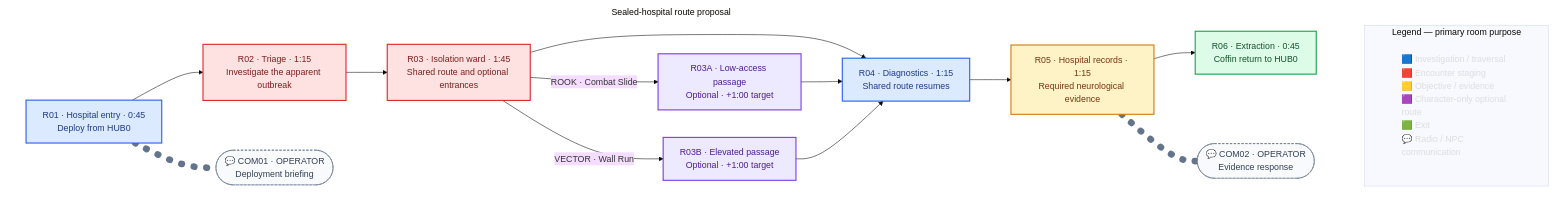
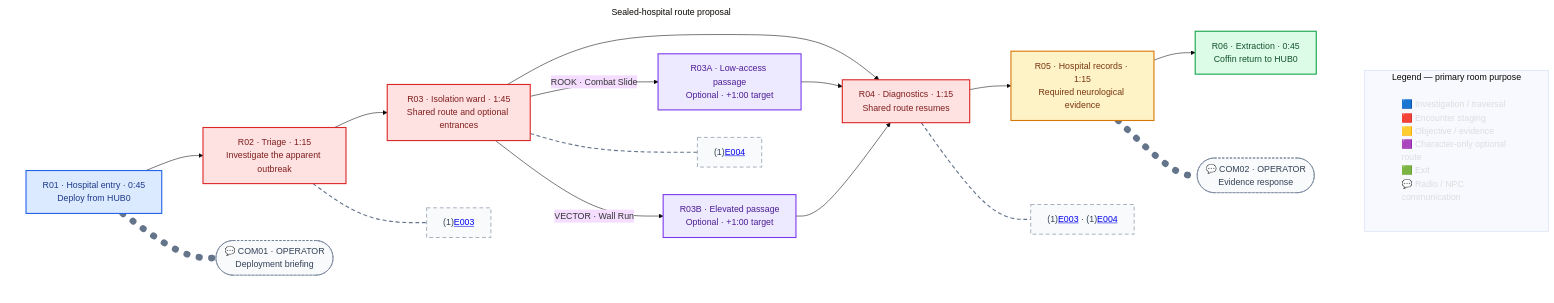
Before and after one commit to justgook/imprint-zero: the diagram in missions/m02.md, drawn with Mermaid (base theme). The commit also changed other lines of this file and 6 other files, not shown here.

Commit message:
📝(m02): extract containment Enemy specs and link room contents

````diff
--- a/missions/m02.md
+++ b/missions/m02.md
@@ -73,41 +59,50 @@
 ```mermaid
 flowchart TB
     subgraph Legend[Legend — primary room purpose]
         L["🟦 Investigation / traversal<br/>🟥 Encounter staging<br/>🟨 Objective / evidence<br/>🟪 Character-only optional route<br/>🟩 Exit<br/>💬 Radio / NPC communication"]
     end
 
     subgraph Route[Sealed-hospital route proposal]
         direction LR
         R01["R01 · Hospital entry · 0:45<br/>Deploy from HUB0"] --> R02["R02 · Triage · 1:15<br/>Investigate the apparent outbreak"]
         R02 --> R03["R03 · Isolation ward · 1:45<br/>Shared route and optional entrances"]
         R03 --> R04["R04 · Diagnostics · 1:15<br/>Shared route resumes"]
         R04 --> R05["R05 · Hospital records · 1:15<br/>Required neurological evidence"]
         R05 --> R06["R06 · Extraction · 0:45<br/>Coffin return to HUB0"]
 
         R03 -->|ROOK · Combat Slide| R03A["R03A · Low-access passage<br/>Optional · +1:00 target"]
         R03A --> R04
         R03 -->|VECTOR · Wall Run| R03B["R03B · Elevated passage<br/>Optional · +1:00 target"]
         R03B --> R04
 
         R01 -.- COM01(["💬 COM01 · OPERATOR<br/>Deployment briefing"])
         R05 -.- COM02(["💬 COM02 · OPERATOR<br/>Evidence response"])
+        R02 -.- C02["(1)<a href='#/enemies/e003'>E003</a>"]
+        R03 -.- C03["(1)<a href='#/enemies/e004'>E004</a>"]
+        R04 -.- C04["(1)<a href='#/enemies/e003'>E003</a> · (1)<a href='#/enemies/e004'>E004</a>"]
+
+        click COM01 href "#/locale/en/dialogue.po?entry=dialogue.m02.com01"
+        click COM02 href "#/locale/en/dialogue.po?entry=dialogue.m02.com02"
     end
 
     classDef investigation fill:#dbeafe,stroke:#2563eb,color:#1e3a8a,stroke-width:2px;
     classDef encounter fill:#fee2e2,stroke:#dc2626,color:#7f1d1d,stroke-width:2px;
     classDef objective fill:#fef3c7,stroke:#d97706,color:#78350f,stroke-width:2px;
     classDef optional fill:#ede9fe,stroke:#7c3aed,color:#4c1d95,stroke-width:2px;
     classDef exit fill:#dcfce7,stroke:#16a34a,color:#14532d,stroke-width:2px;
     classDef communication fill:#f8fafc,stroke:#64748b,color:#334155,stroke-width:1px,stroke-dasharray:4 3;
+    classDef roomContent fill:#f8fafc,stroke:#64748b,color:#334155,stroke-width:1px,stroke-dasharray:7 5;
     classDef legend fill:none,stroke:none,color:#ddd,text-align:left;
 
-    class R01,R04 investigation;
-    class R02,R03 encounter;
+    class R01 investigation;
+    class R02,R03,R04 encounter;
     class R05 objective;
     class R06 exit;
     class R03A,R03B optional;
     class COM01,COM02 communication;
+    class C02,C03,C04 roomContent;
     class L legend;
     linkStyle 9,10 stroke:#64748b,stroke-width:12px,stroke-dasharray:1 22,stroke-linecap:round;
+    linkStyle 11,12,13 stroke:#64748b,stroke-width:2px,stroke-dasharray:7 5;
     style Route fill:none,stroke:none;
 ```
````
